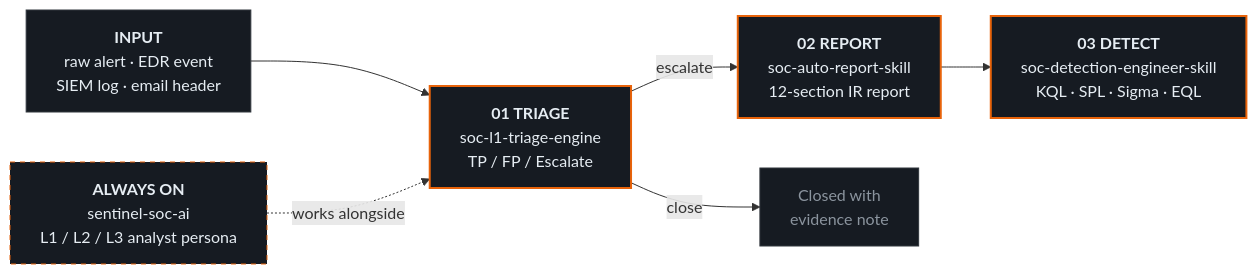
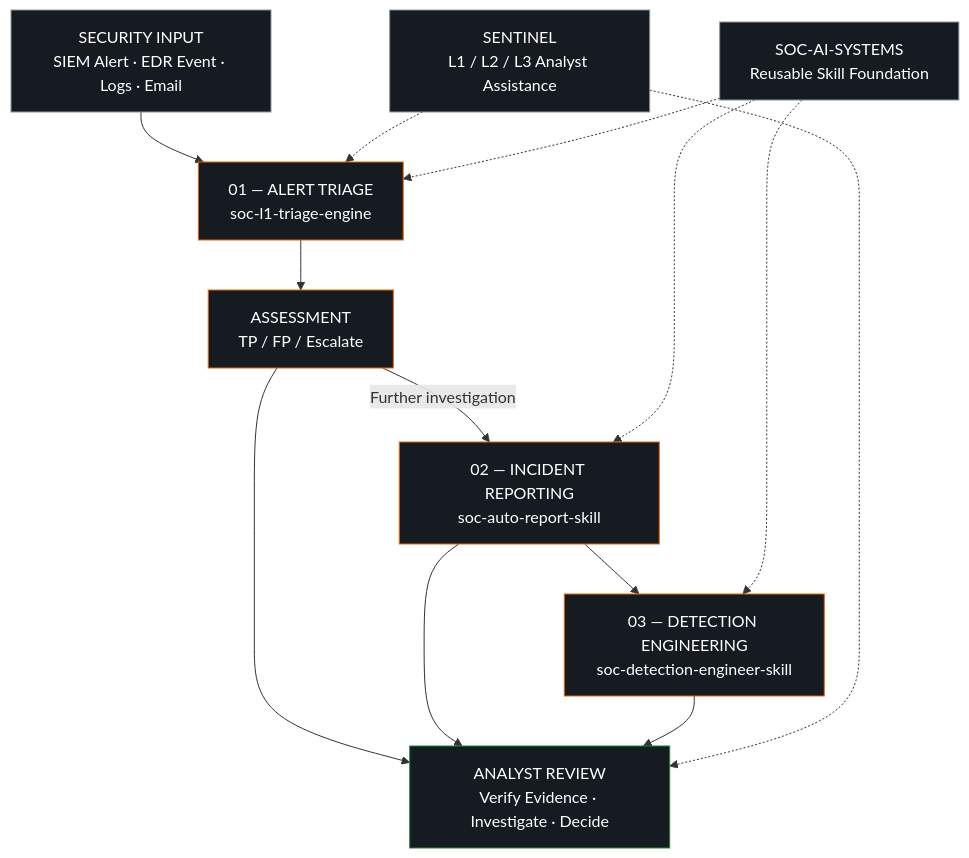
Before and after one commit to mohamed-ai-sec/soc-ai-systems: the diagram in README.md, drawn with Mermaid. The commit also changed other lines of this file, not shown here.

````diff
--- a/README.md
+++ b/README.md
@@ -31,15 +68,32 @@
 ```mermaid
-flowchart LR
-    A["<b>INPUT</b><br/>raw alert · EDR event<br/>SIEM log · email header"] --> B["<b>01 TRIAGE</b><br/>soc-l1-triage-engine<br/>TP / FP / Escalate"]
-    B -->|escalate| C["<b>02 REPORT</b><br/>soc-auto-report-skill<br/>12-section IR report"]
-    C --> D["<b>03 DETECT</b><br/>soc-detection-engineer-skill<br/>KQL · SPL · Sigma · EQL"]
-    B -->|close| E["Closed with<br/>evidence note"]
-    S["<b>ALWAYS ON</b><br/>sentinel-soc-ai<br/>L1 / L2 / L3 analyst persona"] -.->|works alongside| B
+flowchart TD
+    A["SECURITY INPUT<br/>SIEM Alert · EDR Event · Logs · Email"]
+    B["01 — ALERT TRIAGE<br/>soc-l1-triage-engine"]
+    C["ASSESSMENT<br/>TP / FP / Escalate"]
+    D["02 — INCIDENT REPORTING<br/>soc-auto-report-skill"]
+    E["03 — DETECTION ENGINEERING<br/>soc-detection-engineer-skill"]
+    F["ANALYST REVIEW<br/>Verify Evidence · Investigate · Decide"]
+    S["SENTINEL<br/>L1 / L2 / L3 Analyst Assistance"]
+    R["SOC-AI-SYSTEMS<br/>Reusable Skill Foundation"]
 
-    style A fill:#161b22,stroke:#30363d,color:#e6edf3
-    style B fill:#161b22,stroke:#E8630A,stroke-width:2px,color:#e6edf3
-    style C fill:#161b22,stroke:#E8630A,stroke-width:2px,color:#e6edf3
-    style D fill:#161b22,stroke:#E8630A,stroke-width:2px,color:#e6edf3
-    style E fill:#161b22,stroke:#30363d,color:#8b949e
-    style S fill:#161b22,stroke:#E8630A,stroke-dasharray: 5 5,color:#e6edf3
+    A --> B --> C
+    C -->|Further investigation| D
+    D --> E
+    C --> F
+    D --> F
+    E --> F
+    S -.-> B
+    S -.-> F
+    R -.-> B
+    R -.-> D
+    R -.-> E
+
+    style A fill:#161b22,stroke:#8b949e,color:#fff
+    style B fill:#161b22,stroke:#E8630A,color:#fff
+    style C fill:#161b22,stroke:#E8630A,color:#fff
+    style D fill:#161b22,stroke:#E8630A,color:#fff
+    style E fill:#161b22,stroke:#E8630A,color:#fff
+    style F fill:#161b22,stroke:#238636,color:#fff
+    style S fill:#161b22,stroke:#8b949e,color:#fff
+    style R fill:#161b22,stroke:#8b949e,color:#fff
 ```
````
